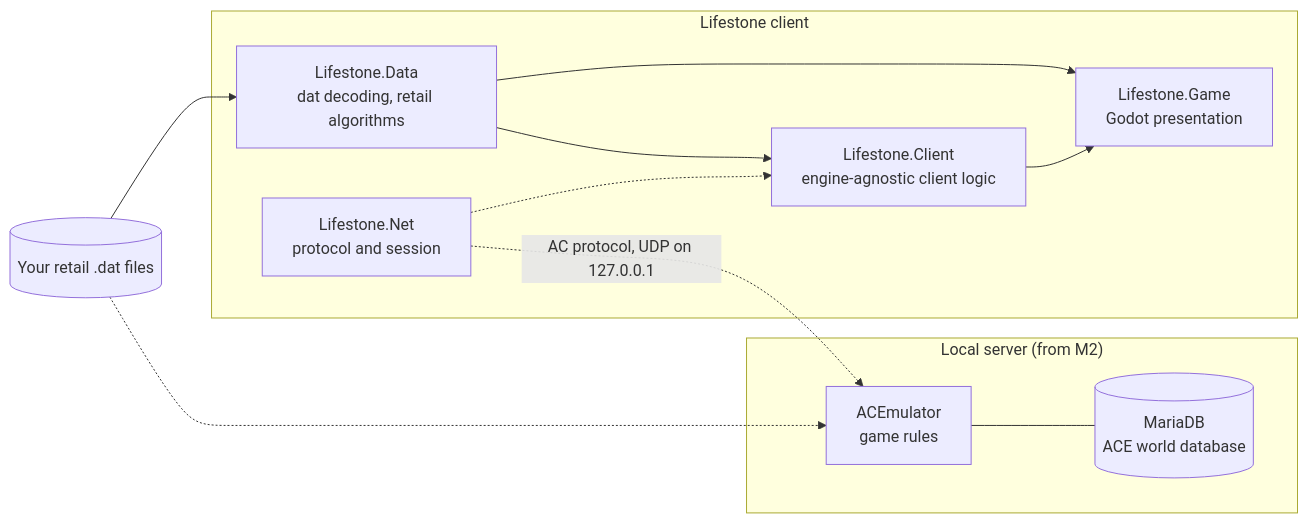
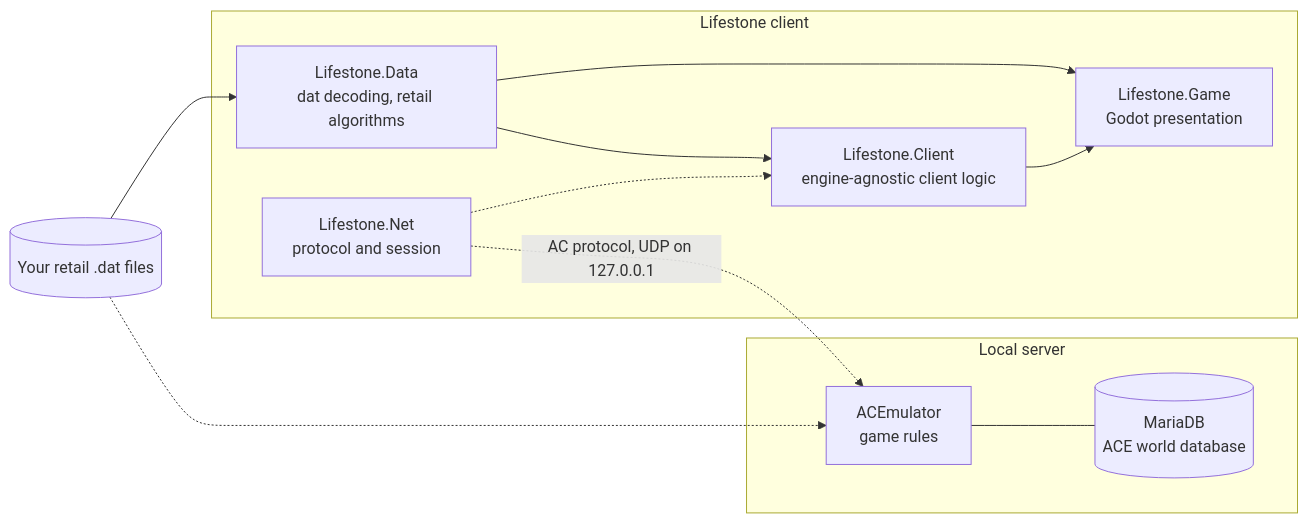
The diagram in README.md (winniegreene/lifestone), drawn with Mermaid before and after one commit. The commit also changed other lines of this file, not shown here.

````diff
--- a/README.md
+++ b/README.md
@@ -206,22 +241,22 @@
 ```mermaid
 flowchart LR
     dats[("Your retail .dat files")]
     subgraph lifestone ["Lifestone client"]
         data["Lifestone.Data<br/>dat decoding, retail algorithms"]
         client["Lifestone.Client<br/>engine-agnostic client logic"]
         game["Lifestone.Game<br/>Godot presentation"]
         net["Lifestone.Net<br/>protocol and session"]
     end
-    subgraph server ["Local server (from M2)"]
+    subgraph server ["Local server"]
         ace["ACEmulator<br/>game rules"]
         db[("MariaDB<br/>ACE world database")]
     end
     dats --> data
     data --> client
     data --> game
     client --> game
     net -.-> client
     dats -.-> ace
     ace --- db
     net -.->|"AC protocol, UDP on 127.0.0.1"| ace
 ```
````
